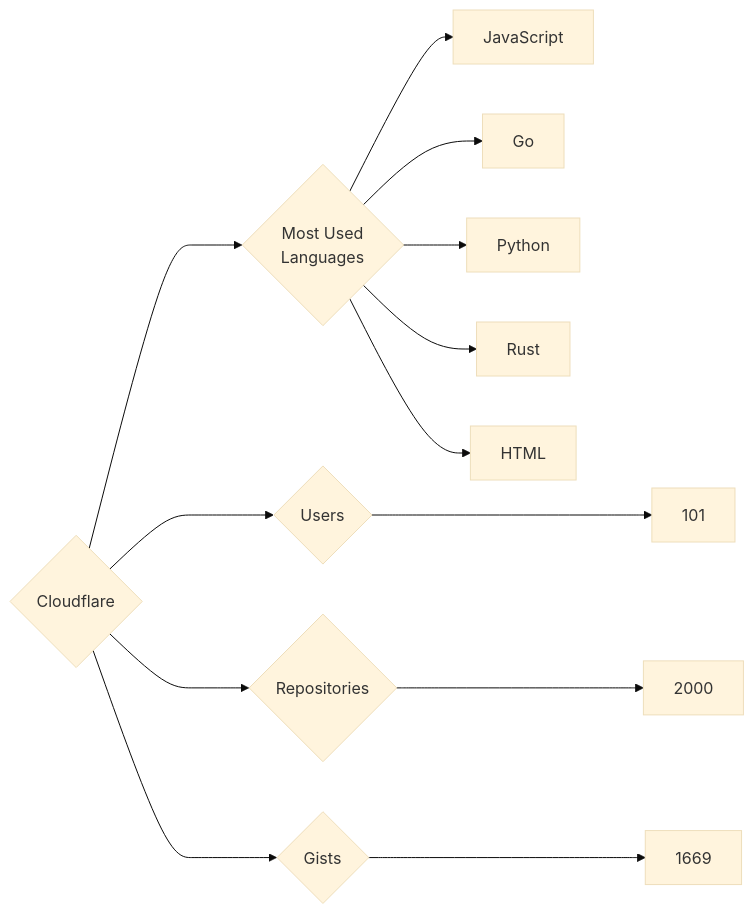
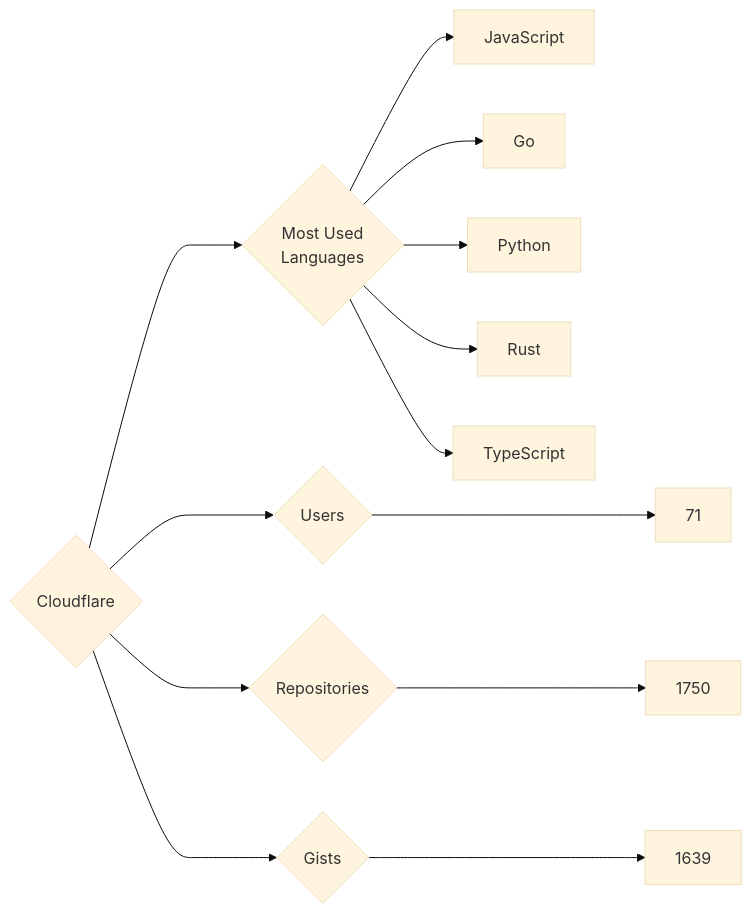
Before and after one commit to trickest/insiders: the diagram in targets/Cloudflare/README.md, drawn with Mermaid (base theme). The commit also changed 845 other files, not shown here.

````diff
--- a/targets/Cloudflare/README.md
+++ b/targets/Cloudflare/README.md
@@ -3,13 +3,13 @@
 ```mermaid
 graph LR
 COMPANY_NAME{Cloudflare}
-COMPANY_NAME ---> U{Users} ---> UN[101]
-COMPANY_NAME ---> R{Repositories} ---> RN[2000]
-COMPANY_NAME ---> G{Gists} ---> GN[1669]
+COMPANY_NAME ---> U{Users} ---> UN[71]
+COMPANY_NAME ---> R{Repositories} ---> RN[1750]
+COMPANY_NAME ---> G{Gists} ---> GN[1639]
 COMPANY_NAME ---> ML{Most Used<br>Languages}
 ML --> JavaScript[JavaScript]
 ML --> Go[Go]
 ML --> Python[Python]
 ML --> Rust[Rust]
-ML --> HTML[HTML]
+ML --> TypeScript[TypeScript]
 ```
````
